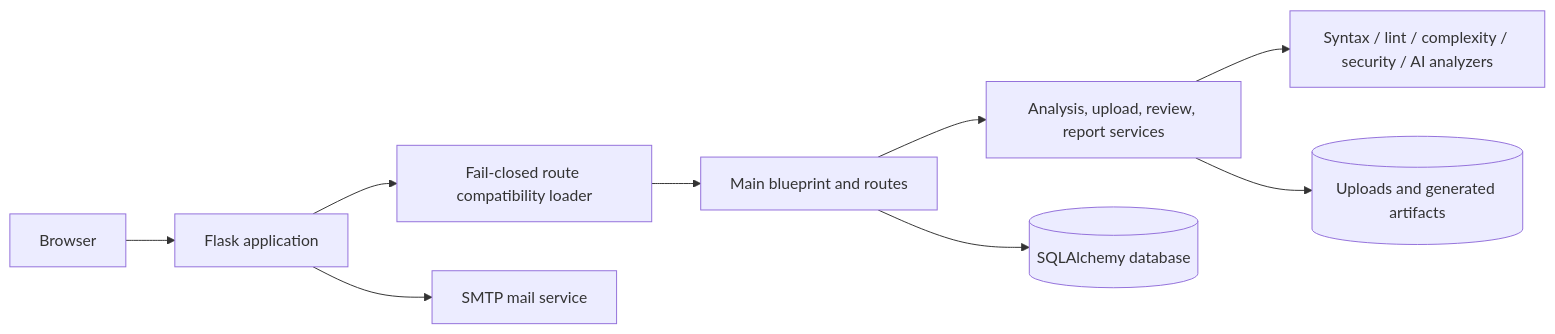
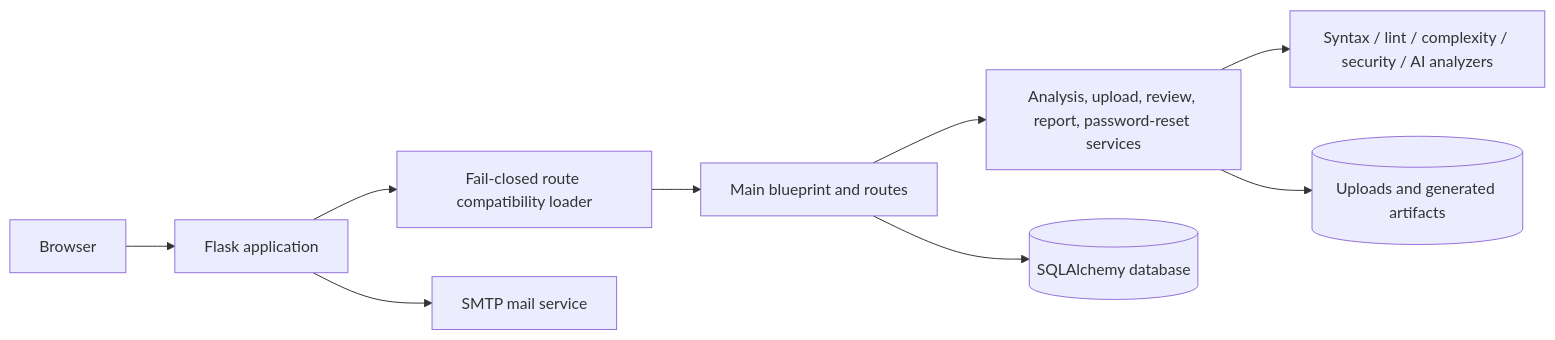
One commit to HaziqBinAfzal/HR-Presents-Sentrix changed the diagram in README.md. Above: the diagram before and after it, drawn with Mermaid. The commit also changed other lines of this file, not shown here.

Commit message:
docs: mark password reset implementation complete

````diff
--- a/README.md
+++ b/README.md
@@ -52,11 +57,11 @@
 ```mermaid
 flowchart LR
     U[Browser] --> W[Flask application]
     W --> L[Fail-closed route compatibility loader]
     L --> R[Main blueprint and routes]
-    R --> S[Analysis, upload, review, report services]
+    R --> S[Analysis, upload, review, report, password-reset services]
     S --> A[Syntax / lint / complexity / security / AI analyzers]
     R --> D[(SQLAlchemy database)]
     S --> F[(Uploads and generated artifacts)]
     W --> M[SMTP mail service]
 ```
````
